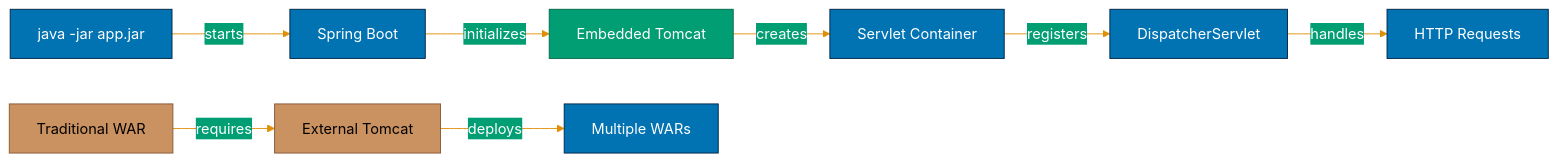
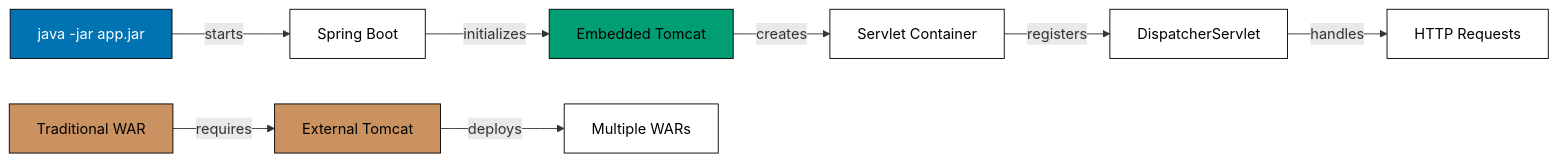
One commit to wahidyankf/ose-public changed the diagram in apps/ayokoding-www/content/en/learn/legacy/software-engineering/platforms/web/tools/jvm-spring-boot/in-the-field/embedded-servers.md. Above: the diagram before and after it, drawn with Mermaid. The commit also changed 130 other files, not shown here.

First line of the commit message:
fix(mermaid): bring the legacy platforms diagrams onto the accessible palette

````diff
--- a/apps/ayokoding-www/content/en/learn/legacy/software-engineering/platforms/web/tools/jvm-spring-boot/in-the-field/embedded-servers.md
+++ b/apps/ayokoding-www/content/en/learn/legacy/software-engineering/platforms/web/tools/jvm-spring-boot/in-the-field/embedded-servers.md
@@ -348,17 +348,22 @@
 ```mermaid
-%%{init: {'theme':'base', 'themeVariables': { 'primaryColor':'#0173B2','primaryTextColor':'#fff','primaryBorderColor':'#024','lineColor':'#DE8F05','secondaryColor':'#029E73','tertiaryColor':'#CA9161','fontSize':'16px'}}}%%
 graph LR
+    accTitle: Architecture Diagram
+    accDescr: Graph with 9 nodes and 7 connections. Nodes: java -jar app.jar, Spring Boot, Embedded Tomcat, Servlet Container, DispatcherServlet, HTTP Requests, Traditional WAR, External Tomcat, Multiple WARs. Connections: java -jar app.jar to Spring Boot (starts), Spring Boot to Embedded Tomcat (initializes), Embedded Tomcat to Servlet Container (creates), Servlet Container to DispatcherServlet (registers), DispatcherServlet to HTTP Requests (handles), Traditional WAR to External Tomcat (requires), External Tomcat to Multiple WARs (deploys).
     A["java -jar app.jar"] -->|"starts"| B["Spring Boot"]
     B -->|"initializes"| C["Embedded Tomcat"]
     C -->|"creates"| D["Servlet Container"]
     D -->|"registers"| E["DispatcherServlet"]
     E -->|"handles"| F["HTTP Requests"]
 
     G["Traditional WAR"] -->|"requires"| H["External Tomcat"]
     H -->|"deploys"| I["Multiple WARs"]
 
-    style A fill:#0173B2,stroke:#024,color:#fff
-    style C fill:#029E73,stroke:#016647,color:#fff
-    style G fill:#CA9161,stroke:#875636,color:#000
-    style H fill:#CA9161,stroke:#875636,color:#000
+    classDef pal-0173B2 fill:#0173B2,stroke:#000000,color:#FFFFFF
+    class A pal-0173B2
+    classDef pal-029E73 fill:#029E73,stroke:#000000,color:#000000
+    class C pal-029E73
+    classDef pal-CA9161 fill:#CA9161,stroke:#000000,color:#000000
+    class G pal-CA9161
+    class H pal-CA9161
+    classDef default fill:#FFFFFF,stroke:#000000,color:#000000
 ```
````
